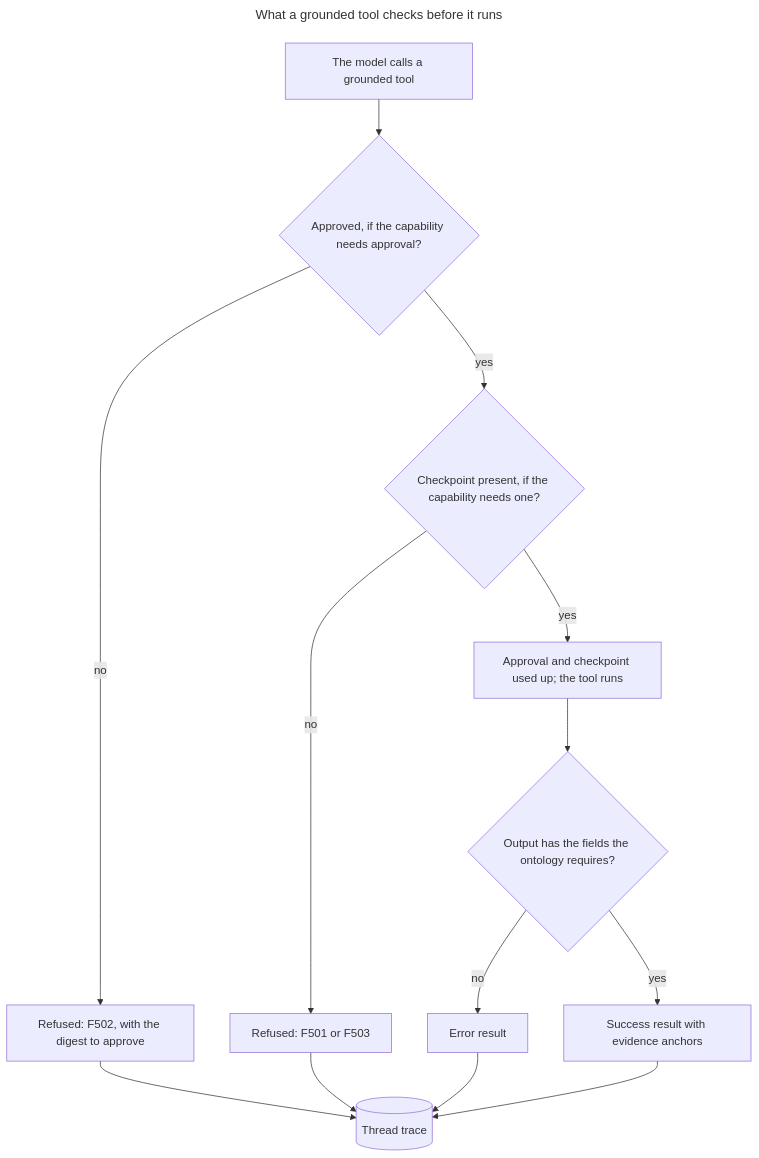
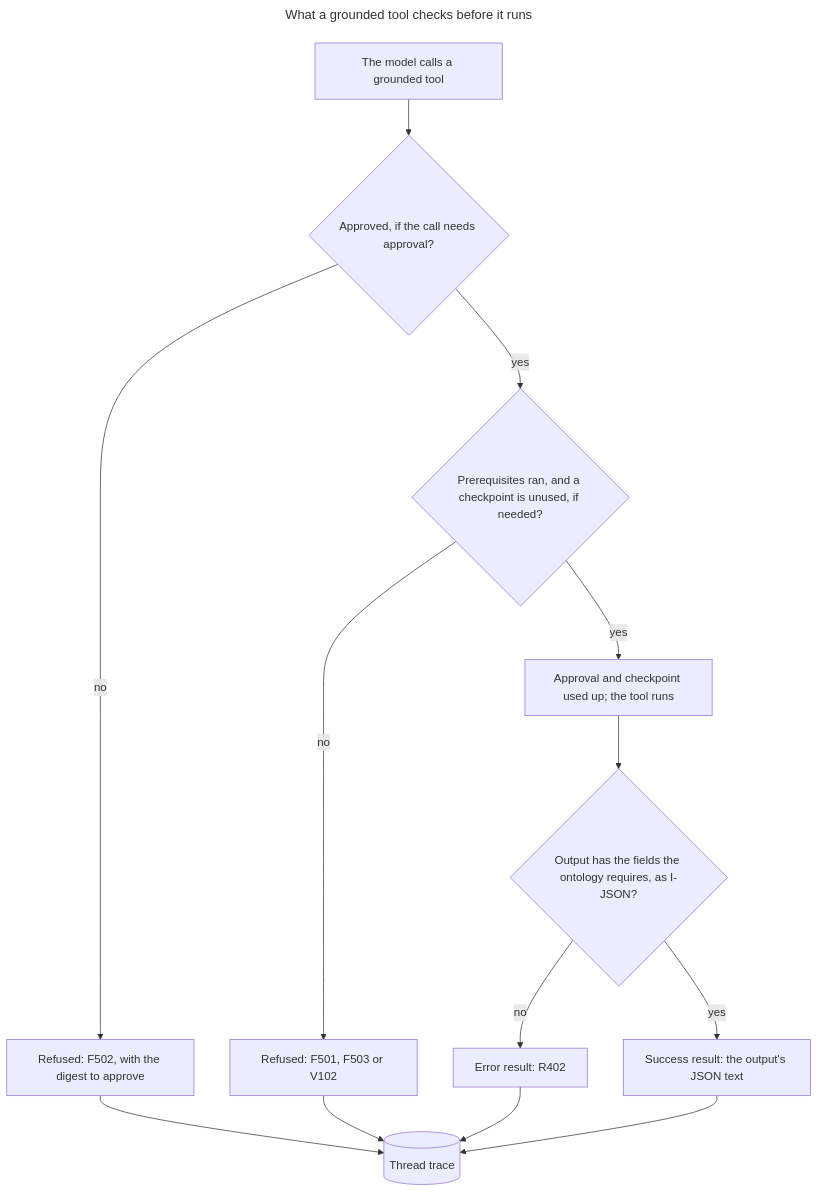
One commit to synaptiai/agent-capability-standard changed the second of 4 diagrams in docs/integrations/standard_agents.md. Above: the diagram before and after it, drawn with Mermaid. The commit also changed other lines of this file and 13 other files, not shown here.

````diff
--- a/docs/integrations/standard_agents.md
+++ b/docs/integrations/standard_agents.md
@@ -357,19 +382,19 @@
 ```mermaid
 ---
 title: What a grounded tool checks before it runs
 ---
 flowchart TB
-  accDescr: A call to a grounded tool is refused with F502 until a person has approved exactly that call, then refused with F501 or F503 until a checkpoint exists; only when every check passes are the approval and the checkpoint used up and the tool run, and every outcome is written to the thread's trace.
-  call[The model calls a grounded tool] --> appr{"Approved, if the capability needs approval?"}
+  accDescr: A call to a grounded tool is refused with F502 until a person has approved exactly that call, then refused with F501, F503 or V102 until each capability it requires has run and, if it needs one, an unused checkpoint of this execution exists; only when every check passes are the approval and the checkpoint used up and the tool run, its output is returned as I-JSON text or refused with R402, and every outcome is written to the thread's trace.
+  call[The model calls a grounded tool] --> appr{"Approved, if the call needs approval?"}
   appr -->|no| f502["Refused: F502, with the digest to approve"]
-  appr -->|yes| cp{"Checkpoint present, if the capability needs one?"}
-  cp -->|no| f501["Refused: F501 or F503"]
+  appr -->|yes| cp{"Prerequisites ran, and a checkpoint is unused, if needed?"}
+  cp -->|no| f501["Refused: F501, F503 or V102"]
   cp -->|yes| run["Approval and checkpoint used up; the tool runs"]
-  run --> out{"Output has the fields the ontology requires?"}
-  out -->|no| failed["Error result"]
-  out -->|yes| ok["Success result with evidence anchors"]
+  run --> out{"Output has the fields the ontology requires, as I-JSON?"}
+  out -->|no| failed["Error result: R402"]
+  out -->|yes| ok["Success result: the output's JSON text"]
   f502 --> trace[(Thread trace)]
   f501 --> trace
   failed --> trace
   ok --> trace
 ```
````
